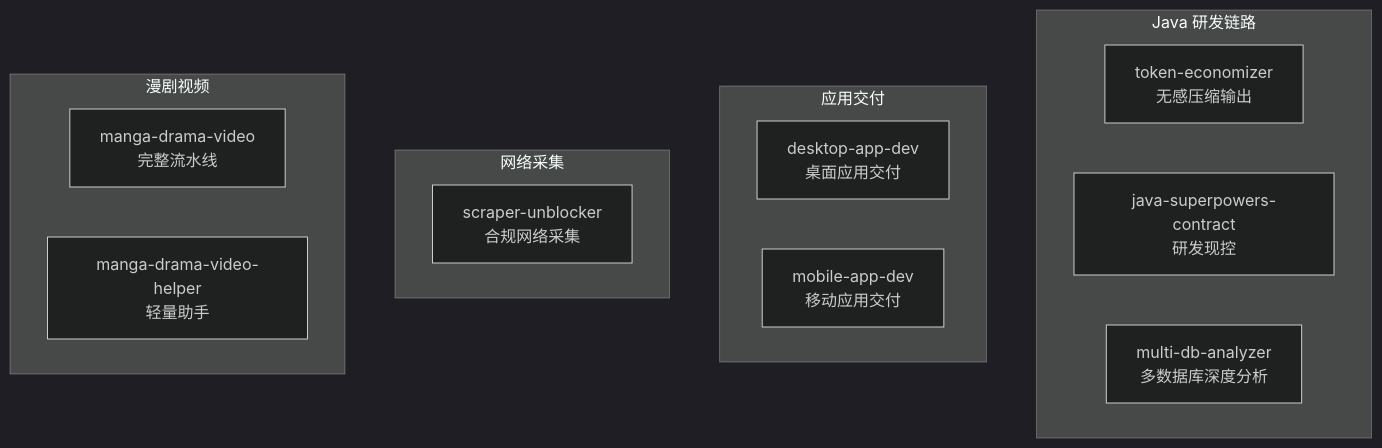
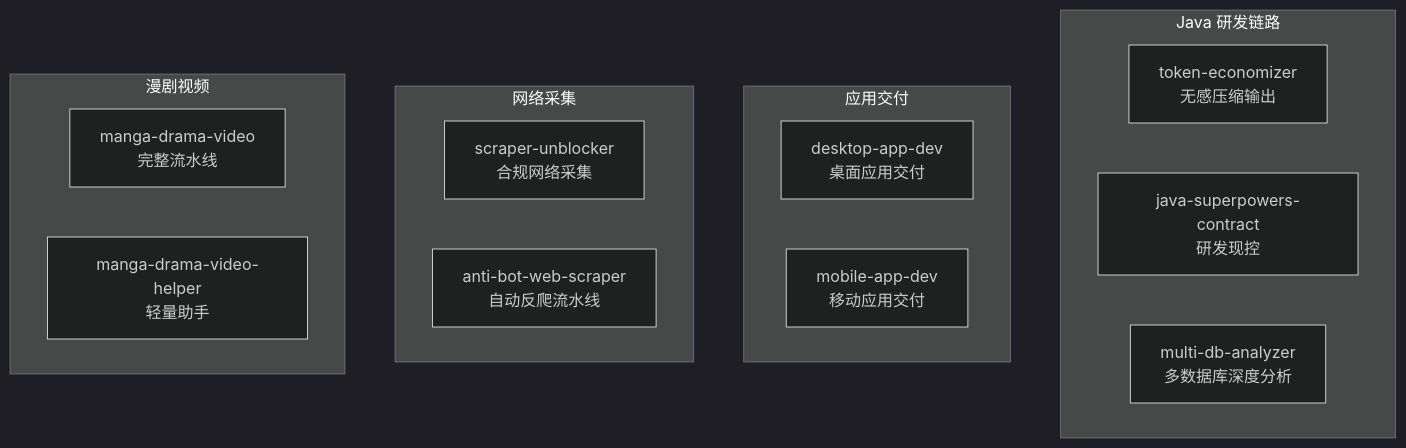
One commit to chichengyu/ai-developer changed the second of 2 diagrams in README.md. Above: the diagram before and after it, drawn with Mermaid (dark theme). The commit also changed other lines of this file, not shown here.

````diff
--- a/README.md
+++ b/README.md
@@ -318,19 +347,20 @@
 ```mermaid
 flowchart TB
     subgraph Java 研发链路
         TE["token-economizer<br/>无感压缩输出"]
         JSC["java-superpowers-contract<br/>研发现控"]
         MDA["multi-db-analyzer<br/>多数据库深度分析"]
     end
     subgraph 应用交付
         DAD["desktop-app-dev<br/>桌面应用交付"]
         MAD["mobile-app-dev<br/>移动应用交付"]
     end
     subgraph 网络采集
         SUB["scraper-unblocker<br/>合规网络采集"]
+        ABS["anti-bot-web-scraper<br/>自动反爬流水线"]
     end
     subgraph 漫剧视频
         MDV["manga-drama-video<br/>完整流水线"]
         MDH["manga-drama-video-helper<br/>轻量助手"]
     end
 ```
````
